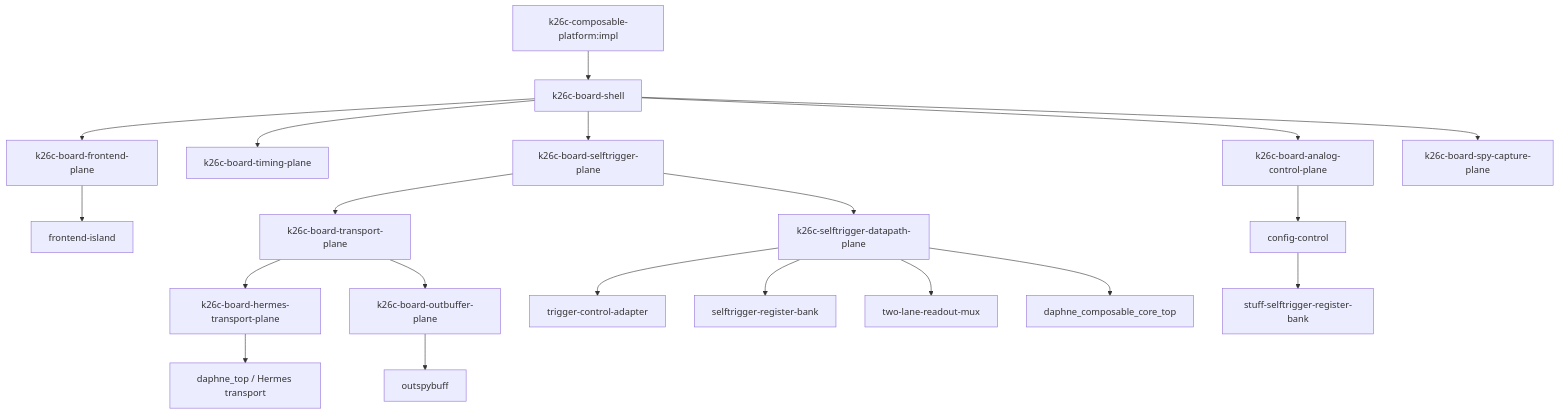
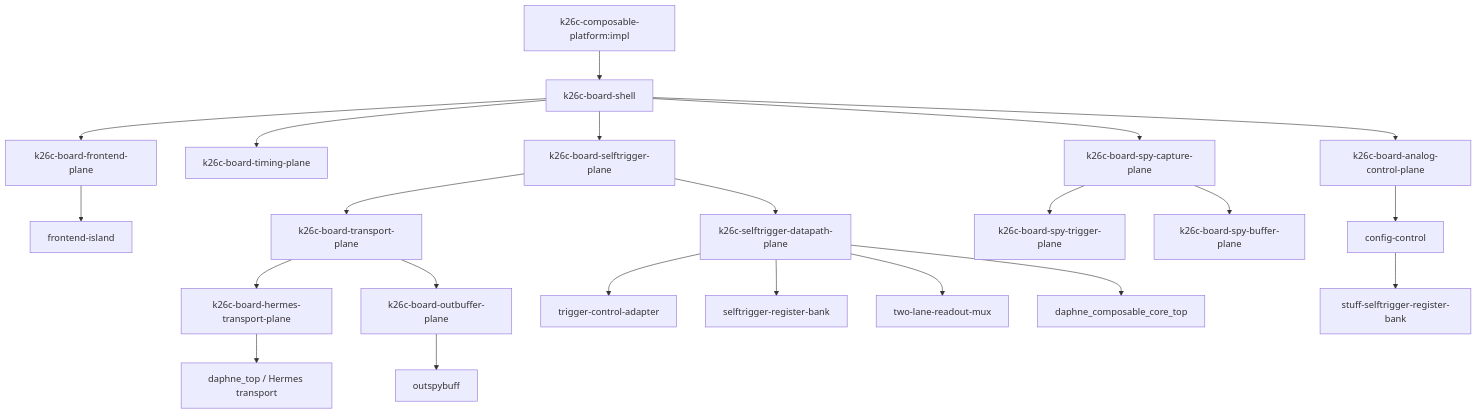
One commit to DUNE-DAQ/daphne-firmware changed the second of 2 diagrams in docs/native-impl-architecture.md. Above: the diagram before and after it, drawn with Mermaid. The commit also changed other lines of this file and 13 other files, not shown here.

Commit message:
Split board spy plane into trigger and buffer

````diff
--- a/docs/native-impl-architecture.md
+++ b/docs/native-impl-architecture.md
@@ -48,22 +48,24 @@
 ```mermaid
 flowchart TD
   P[k26c-composable-platform:impl] --> S[k26c-board-shell]
   S --> FE[k26c-board-frontend-plane]
   S --> TM[k26c-board-timing-plane]
   S --> AN[k26c-board-analog-control-plane]
   S --> ST[k26c-board-selftrigger-plane]
   S --> SP[k26c-board-spy-capture-plane]
   FE --> FI[frontend-island]
   ST --> STD[k26c-selftrigger-datapath-plane]
   ST --> STE[k26c-board-transport-plane]
   STE --> HER[k26c-board-hermes-transport-plane]
   STE --> OBT[k26c-board-outbuffer-plane]
   STD --> CT[trigger-control-adapter]
   STD --> RB[selftrigger-register-bank]
   STD --> MX[two-lane-readout-mux]
   STD --> DP[daphne_composable_core_top]
   HER --> HT[daphne_top / Hermes transport]
   OBT --> SB[outspybuff]
+  SP --> SPT[k26c-board-spy-trigger-plane]
+  SP --> SPB[k26c-board-spy-buffer-plane]
   AN --> CC[config-control]
   CC --> SRB[stuff-selftrigger-register-bank]
 ```
````
